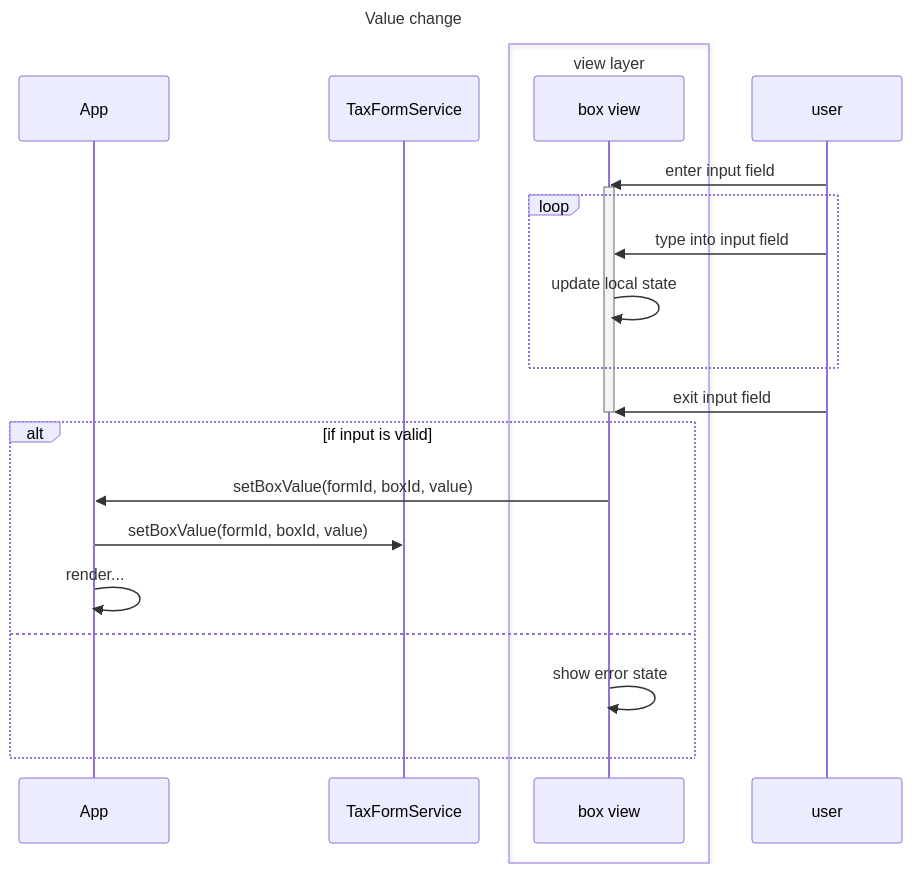
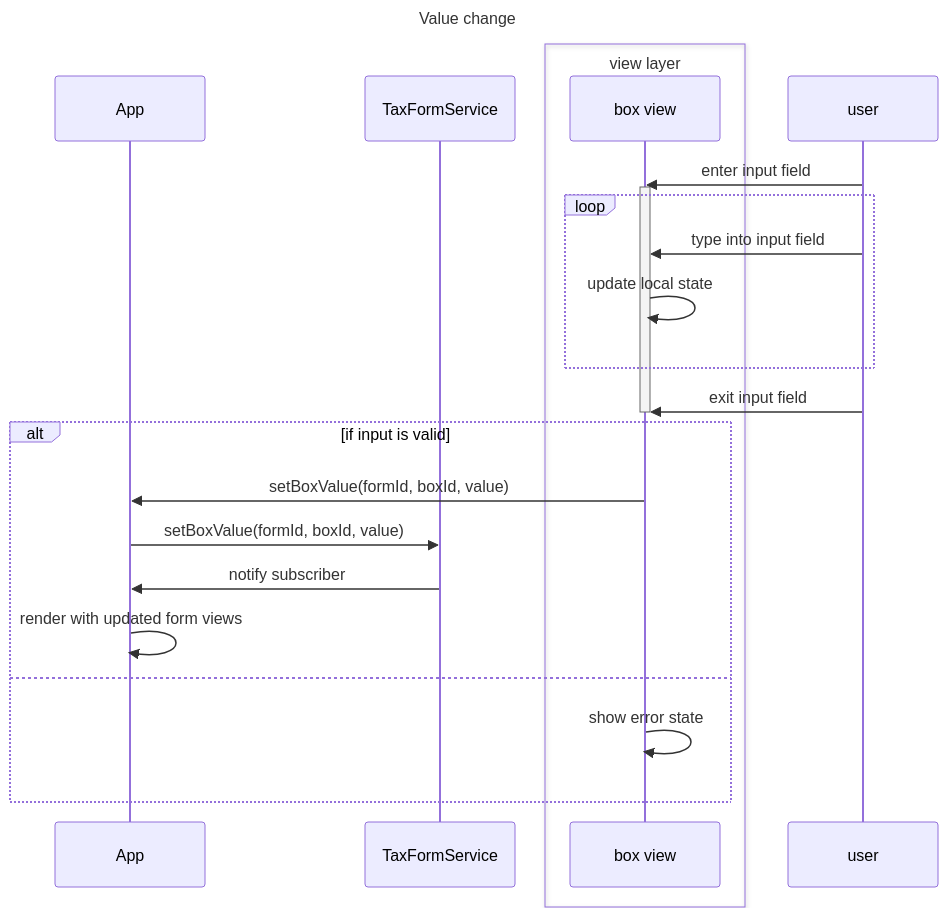
Before and after one commit to wllmwu/thumbtax: the ninth of 9 diagrams in plan/index.md, drawn with Mermaid. The commit also changed other lines of this file, not shown here.

Commit message:
Claude: explicit dependency graph in service

````diff
--- a/plan/index.md
+++ b/plan/index.md
@@ -505,28 +484,29 @@
 ```mermaid
 ---
 title: Value change
 ---
 sequenceDiagram
   participant app as App
   participant service as TaxFormService
   box view layer
   participant boxview as box view
   end
   participant user
 
   user->>boxview: enter input field
   activate boxview
   loop
   user->>boxview: type into input field
   boxview->>boxview: update local state
   end
   user->>boxview: exit input field
   deactivate boxview
   alt if input is valid
   boxview->>app: setBoxValue(formId, boxId, value)
   app->>service: setBoxValue(formId, boxId, value)
-  app->>app: render...
+  service->>app: notify subscriber
+  app->>app: render with updated form views
   else
   boxview->>boxview: show error state
   end
 ```
````
